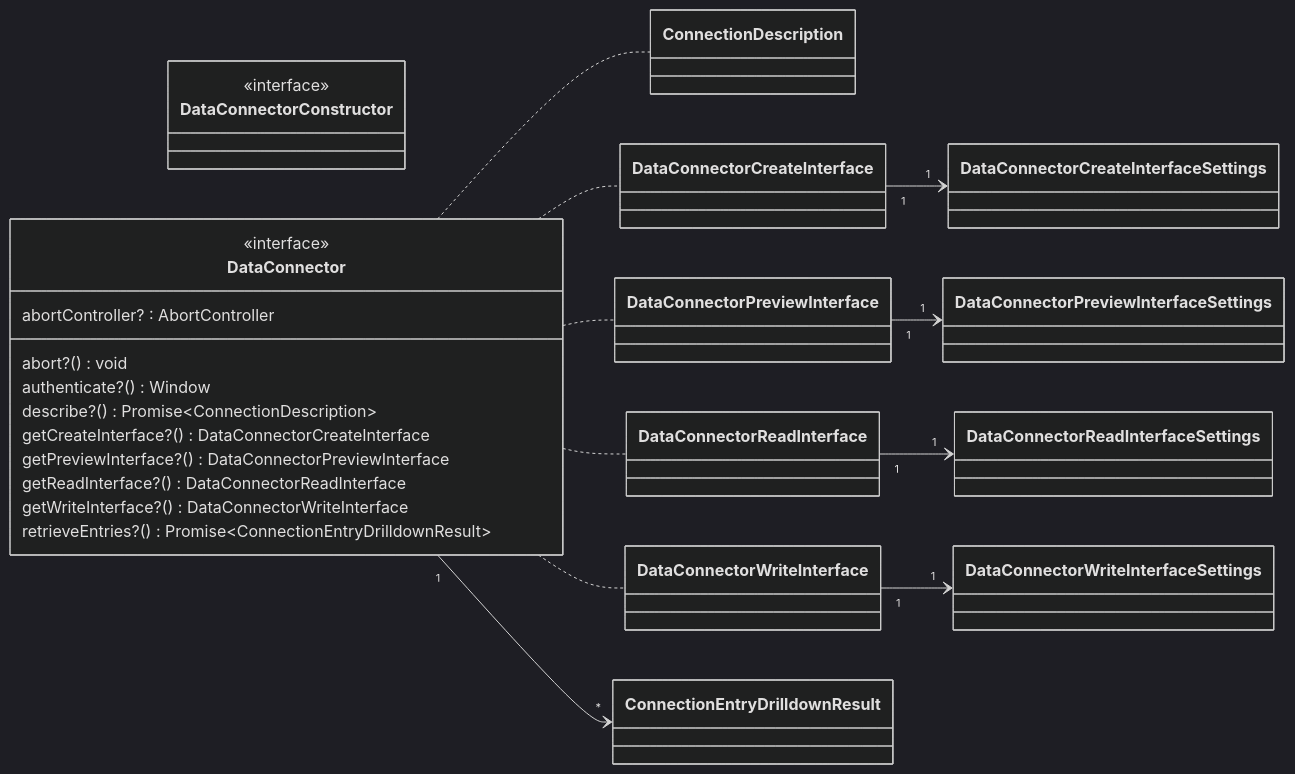
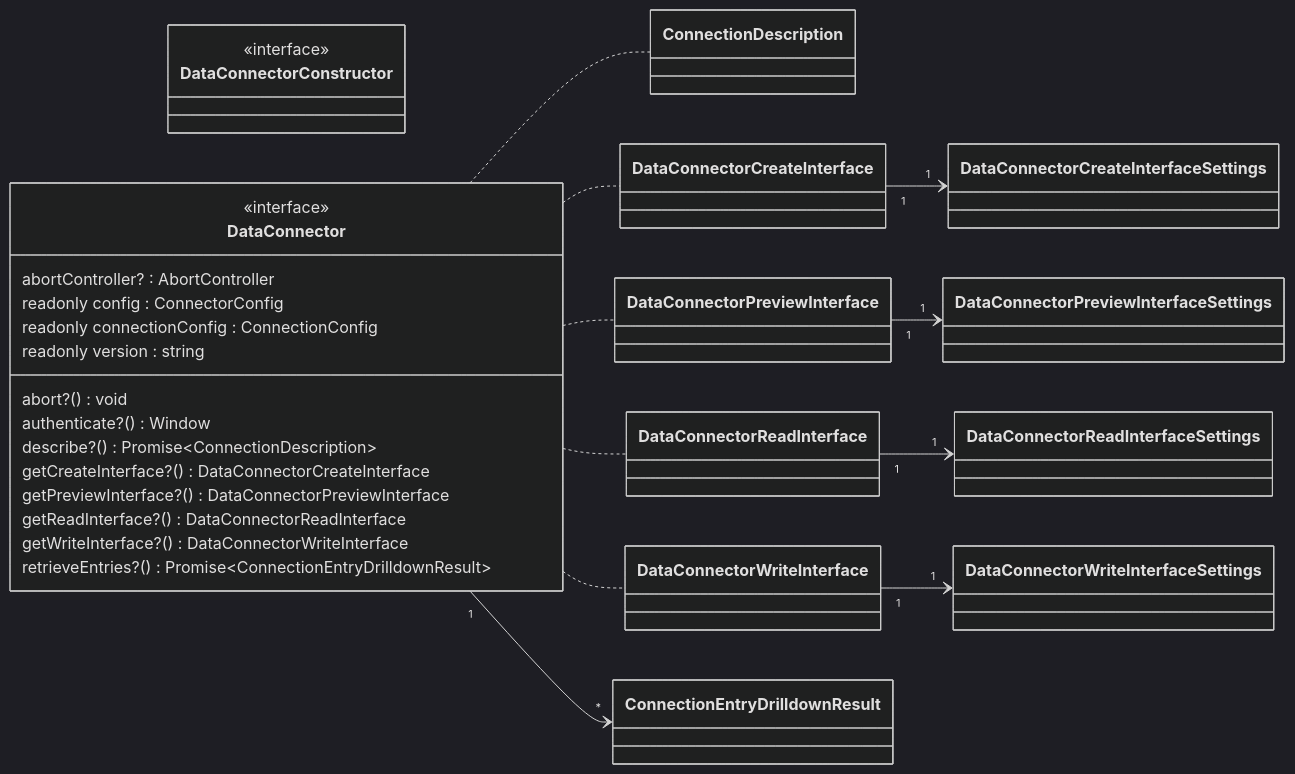
The sixth of 22 diagrams in README.md (data-positioning/datapos-shared), drawn with Mermaid (dark theme) before and after one commit. The commit also changed other lines of this file and 6 other files, not shown here.

````diff
--- a/README.md
+++ b/README.md
@@ -217,32 +219,35 @@
 ```mermaid
 classDiagram
     direction LR
 
     class DataConnectorConstructor {
         <<interface>>
     }
 
     class DataConnector {
         <<interface>>
         abortController? :  AbortController
+        readonly config : ConnectorConfig
+        readonly connectionConfig : ConnectionConfig
+        readonly version : string
         abort?() void
         authenticate?() Window
         describe?() Promise~ConnectionDescription~
         getCreateInterface?() DataConnectorCreateInterface
         getPreviewInterface?() DataConnectorPreviewInterface
         getReadInterface?() DataConnectorReadInterface
         getWriteInterface?() DataConnectorWriteInterface
         retrieveEntries?() Promise~ConnectionEntryDrilldownResult~
     }
 
     DataConnector .. ConnectionDescription
     DataConnector .. DataConnectorCreateInterface
     DataConnectorCreateInterface "1" --> "1" DataConnectorCreateInterfaceSettings
     DataConnector .. DataConnectorPreviewInterface
     DataConnectorPreviewInterface "1" --> "1" DataConnectorPreviewInterfaceSettings
     DataConnector .. DataConnectorReadInterface
     DataConnectorReadInterface "1" --> "1" DataConnectorReadInterfaceSettings
     DataConnector .. DataConnectorWriteInterface
     DataConnectorWriteInterface "1" --> "1" DataConnectorWriteInterfaceSettings
     DataConnector "1" --> "*" ConnectionEntryDrilldownResult
 ```
````
